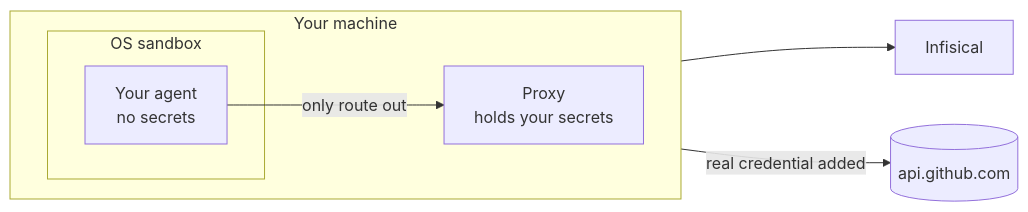
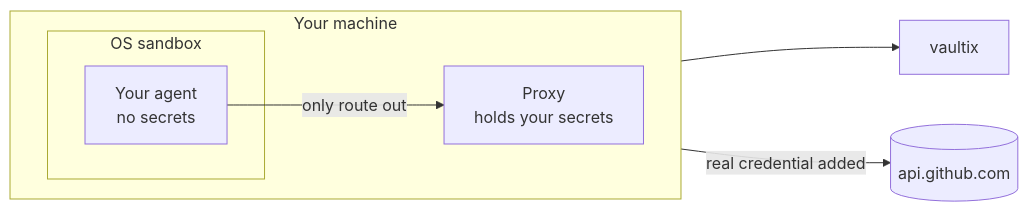
Before and after one commit to shippinAI/vaultix: the diagram in core/docs/documentation/platform/agent-proxy/local-agent-proxy.mdx, drawn with Mermaid. The commit also changed other lines of this file and 1202 other files, not shown here.

````diff
--- a/core/docs/documentation/platform/agent-proxy/local-agent-proxy.mdx
+++ b/core/docs/documentation/platform/agent-proxy/local-agent-proxy.mdx
@@ -38,13 +38,13 @@
 ```mermaid
 flowchart LR
   subgraph machine["Your machine"]
     direction LR
     subgraph sandbox["OS sandbox"]
       AGENT["Your agent<br/>no secrets"]
     end
     PROXY["Proxy<br/>holds your secrets"]
   end
   AGENT -->|"only route out"| PROXY
-  PROXY --> INF["Infisical"]
+  PROXY --> INF["vaultix"]
   PROXY -->|"real credential added"| API[("api.github.com")]
 ```
````
